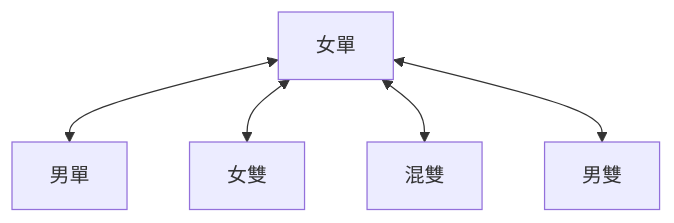
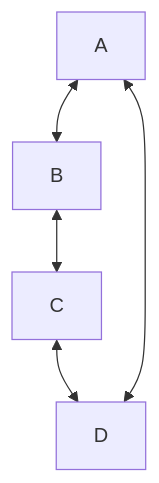
Before and after one commit to lunjy6/mdbook: the diagram in src/chapter_1.md, drawn with Mermaid. The commit also changed other lines of this file and 1 other file, not shown here.

````diff
--- a/src/chapter_1.md
+++ b/src/chapter_1.md
@@ -10,8 +3,7 @@
 ```mermaid
     graph TD;
-        女單<-->男單;
-        女單<-->女雙;
-        女單<-->混雙;
-        女單<-->男雙;
-        
+        A<-->B;
+        B<-->C;
+        C<-->D;
+        D<-->A;
 ```
````
